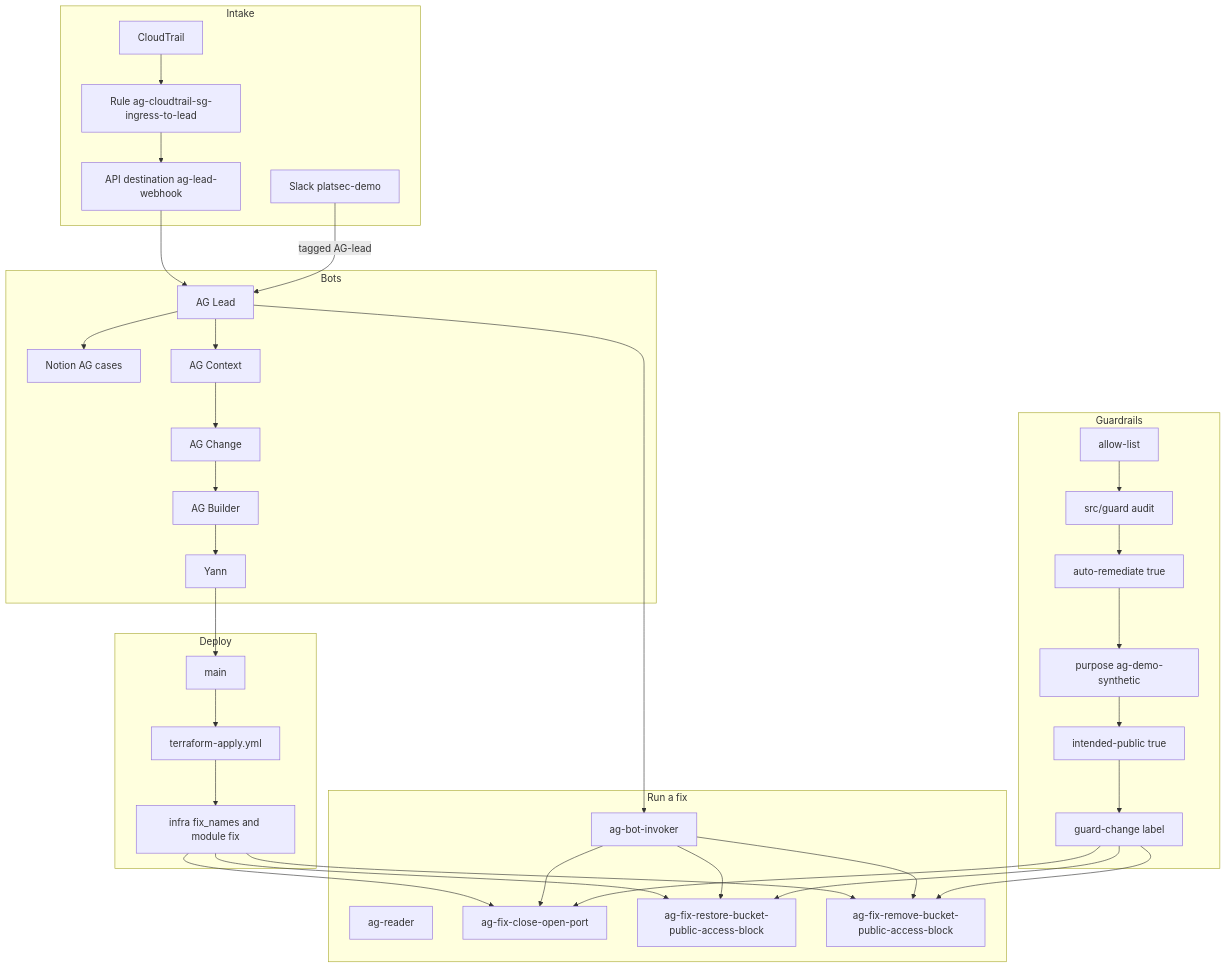
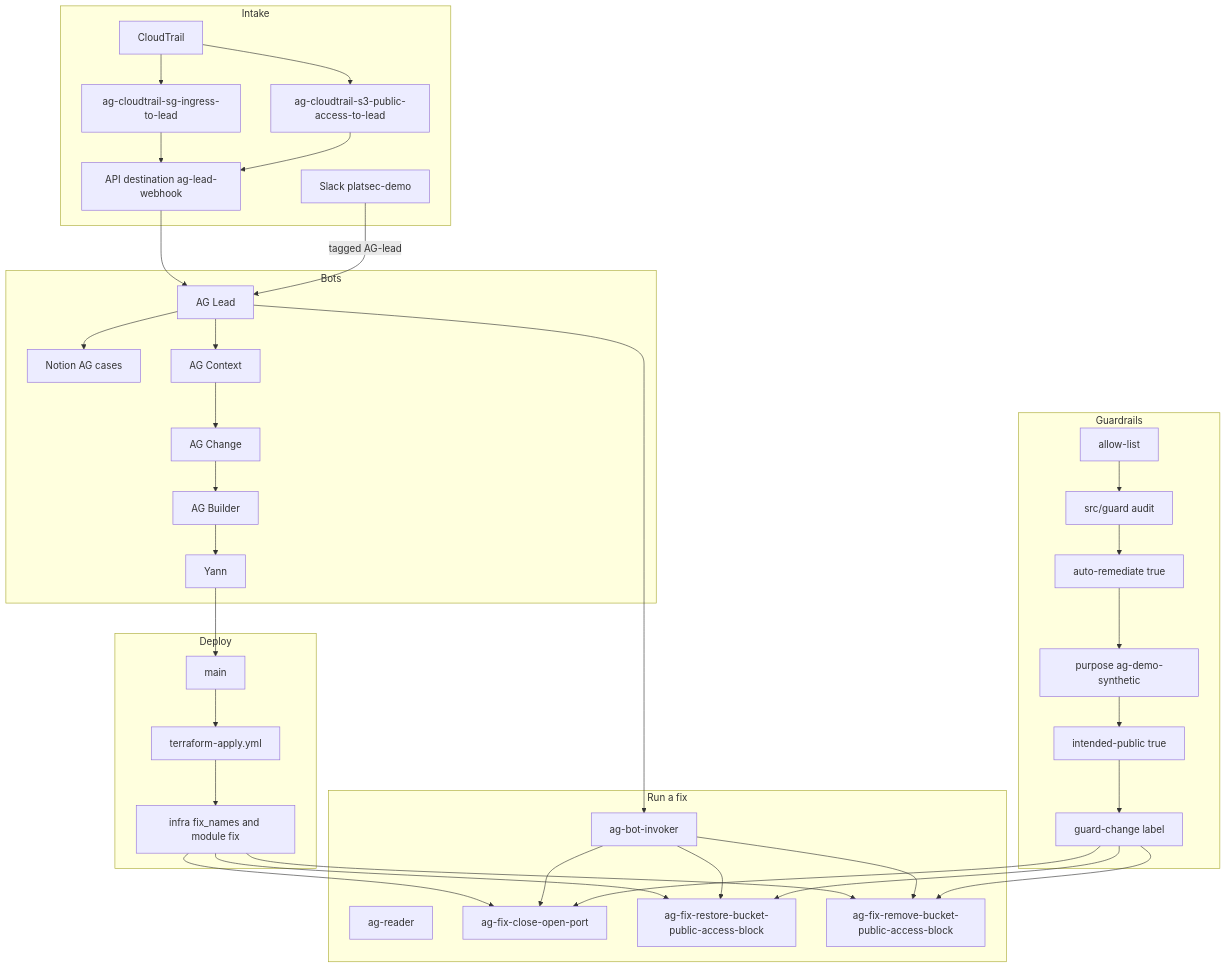
The diagram in README.md (yannhowe/access-guardian), drawn with Mermaid before and after one commit. The commit also changed other lines of this file and 4 other files, not shown here.

````diff
--- a/README.md
+++ b/README.md
@@ -9,69 +9,72 @@
 ```mermaid
 flowchart TD
   subgraph intakeBox [Intake]
     cloudtrail[CloudTrail]
-    sgRule["Rule ag-cloudtrail-sg-ingress-to-lead"]
+    sgRule["ag-cloudtrail-sg-ingress-to-lead"]
+    s3Rule["ag-cloudtrail-s3-public-access-to-lead"]
     apiDest["API destination ag-lead-webhook"]
     slack["Slack platsec-demo"]
     cloudtrail --> sgRule
+    cloudtrail --> s3Rule
     sgRule --> apiDest
+    s3Rule --> apiDest
   end
 
   subgraph botsBox [Bots]
     lead["AG Lead"]
     notion["Notion AG cases"]
     context["AG Context"]
     changeBot["AG Change"]
     builder["AG Builder"]
     yann[Yann]
   end
 
   subgraph deployBox [Deploy]
     mainBranch[main]
     applyWf["terraform-apply.yml"]
     terraform["infra fix_names and module fix"]
   end
 
   subgraph runBox [Run a fix]
     invoker["ag-bot-invoker"]
     reader["ag-reader"]
     closeFn["ag-fix-close-open-port"]
     restoreFn["ag-fix-restore-bucket-public-access-block"]
     removeFn["ag-fix-remove-bucket-public-access-block"]
   end
 
   subgraph gatesBox [Guardrails]
     allowList["allow-list"]
     guardAudit["src/guard audit"]
     tagAuto["auto-remediate true"]
     tagPurpose["purpose ag-demo-synthetic"]
     tagPublic["intended-public true"]
     guardLabel["guard-change label"]
   end
 
   apiDest --> lead
   slack -->|"tagged AG-lead"| lead
   lead --> notion
   lead --> context
   context --> changeBot
   changeBot --> builder
   builder --> yann
   yann --> mainBranch
   mainBranch --> applyWf
   applyWf --> terraform
   terraform --> closeFn
   terraform --> restoreFn
   terraform --> removeFn
   lead --> invoker
   invoker --> closeFn
   invoker --> restoreFn
   invoker --> removeFn
   allowList --> guardAudit
   guardAudit --> tagAuto
   tagAuto --> tagPurpose
   tagPurpose --> tagPublic
   tagPublic --> guardLabel
   guardLabel --> closeFn
   guardLabel --> restoreFn
   guardLabel --> removeFn
 ```
````
